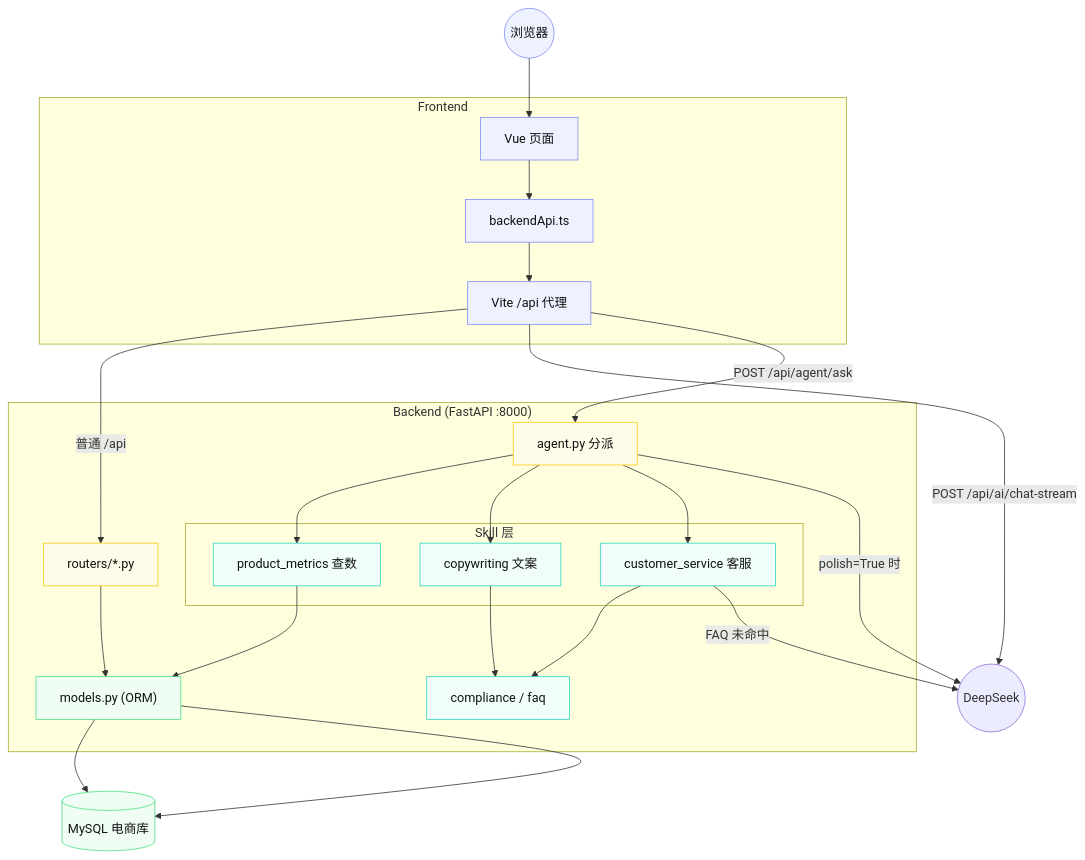
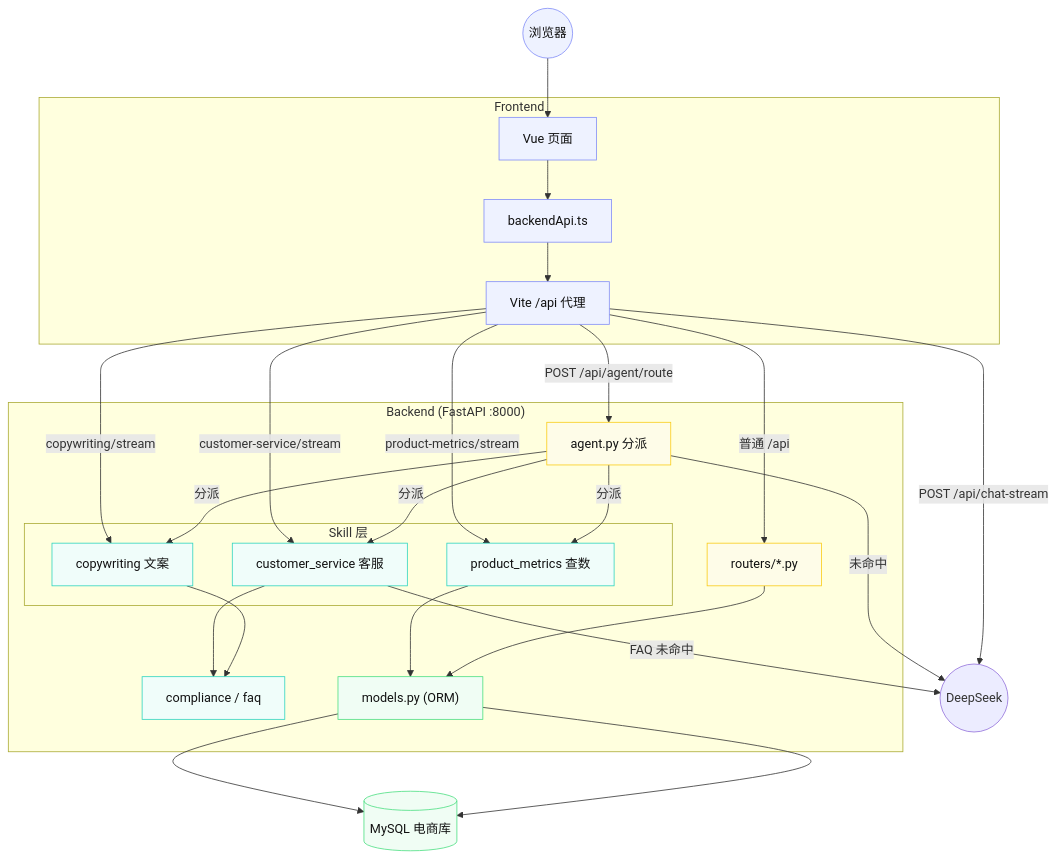
The first of 2 diagrams in README.md (jiawen-5/Smart-mall-helper), drawn with Mermaid before and after one commit. The commit also changed other lines of this file and 14 other files, not shown here.

````diff
--- a/README.md
+++ b/README.md
@@ -121,52 +99,58 @@
 ```mermaid
 flowchart TD
     Client(("浏览器"))
 
     subgraph Frontend["Frontend"]
         Vue["Vue 页面"]
         BackendApi["backendApi.ts"]
         Vite["Vite /api 代理"]
     end
 
     subgraph Backend["Backend (FastAPI :8000)"]
         Routers["routers/*.py"]
         Agent["agent.py 分派"]
         subgraph Skills["Skill 层"]
             S1["product_metrics 查数"]
             S2["copywriting 文案"]
             S3["customer_service 客服"]
         end
         Rules["compliance / faq"]
         Models["models.py (ORM)"]
     end
 
     MySQL[("MySQL 电商库")]
 
     Client --> Vue --> BackendApi --> Vite
 
     %% 非 AI 业务接口
     Vite -->|普通 /api| Routers
     Routers --> Models --> MySQL
 
     %% AI 对话：先走 Skill（查数等），否则普通 LLM
-    Vite -->|POST /api/ai/chat-stream| DS((DeepSeek))
+    Vite -->|POST /api/chat-stream| DS((DeepSeek))
 
-    Vite -->|POST /api/agent/ask| Agent
-    Agent --> S1 --> Models --> MySQL
-    Agent --> S2
-    Agent --> S3
+    Vite -->|POST /api/agent/route| Agent
+    Agent -->|分派| S1
+    Agent -->|分派| S2
+    Agent -->|分派| S3
+    Agent -->|未命中| DS
+
+    %% Skill 流式：前端按 route 命中分支直连
+    Vite -->|product-metrics/stream| S1
+    Vite -->|copywriting/stream| S2
+    Vite -->|customer-service/stream| S3
+    S1 --> Models --> MySQL
     S2 --> Rules
     S3 --> Rules
     S3 -->|FAQ 未命中| DS
-    Agent -->|polish=True 时| DS
 
     classDef frontend fill:#eef2ff,stroke:#818cf8,color:#111;
     classDef backend fill:#fefce8,stroke:#facc15,color:#111;
     classDef skill fill:#f0fdfa,stroke:#2dd4bf,color:#111;
     classDef data fill:#f0fdf4,stroke:#4ade80,color:#111;
 
     class Client,Vue,BackendApi,Vite frontend;
     class Routers,Agent backend;
     class S1,S2,S3,Rules skill;
     class Models,MySQL data;
 ```
````
